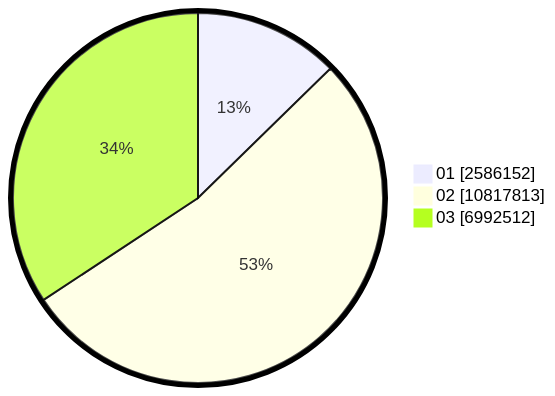
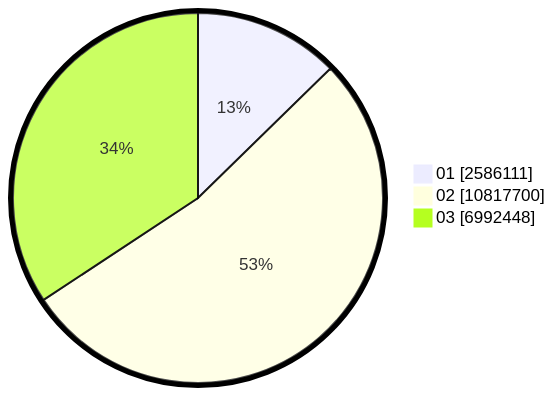
Before and after one commit to gigit-pemilu/pemilu-2024: the second of 2 diagrams in pilpres/hitung-suara/sub/table-wilayah-33.md, drawn with Mermaid. The commit also changed other lines of this file and 8 other files, not shown here.

````diff
--- a/pilpres/hitung-suara/sub/table-wilayah-33.md
+++ b/pilpres/hitung-suara/sub/table-wilayah-33.md
@@ -15,7 +15,7 @@
 ```mermaid
 %%{init: {"pie": {"textPosition": 0.5}, "themeVariables": {"pieOuterStrokeWidth": "5px"}} }%%
 pie showData
-    "01" : 2586152
-    "02" : 10817813
-    "03" : 6992512
+    "01" : 2586111
+    "02" : 10817700
+    "03" : 6992448
 ```
````
